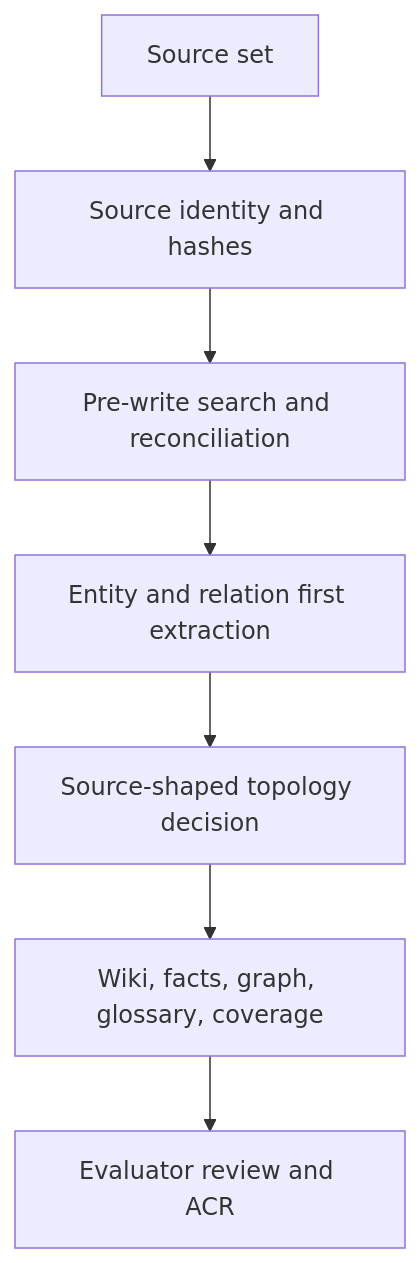
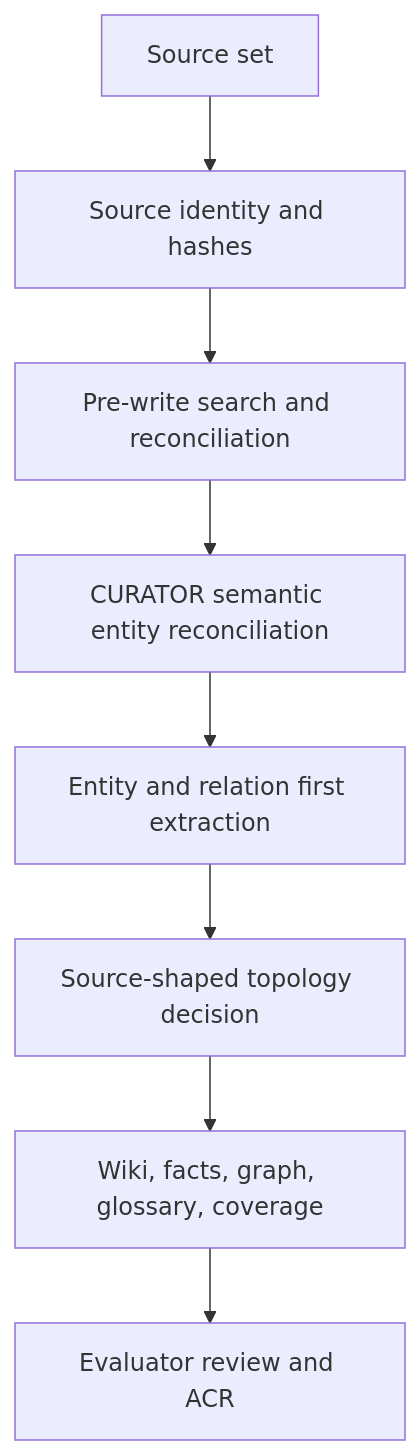
The first of 2 diagrams in docs/context/modes.mdx (basilisk-labs/agentplane), drawn with Mermaid before and after one commit. The commit also changed other lines of this file and 30 other files, not shown here.

Commit message:
🚧 JSEZ5E task: delegate semantic reconciliation to CURATOR

````diff
--- a/docs/context/modes.mdx
+++ b/docs/context/modes.mdx
@@ -24,9 +30,10 @@
 ```mermaid
 flowchart TD
   A[Source set] --> B[Source identity and hashes]
   B --> C[Pre-write search and reconciliation]
-  C --> D[Entity and relation first extraction]
-  D --> E[Source-shaped topology decision]
-  E --> F[Wiki, facts, graph, glossary, coverage]
-  F --> G[Evaluator review and ACR]
+  C --> D[CURATOR semantic entity reconciliation]
+  D --> E[Entity and relation first extraction]
+  E --> F[Source-shaped topology decision]
+  F --> G[Wiki, facts, graph, glossary, coverage]
+  G --> H[Evaluator review and ACR]
 ```
````
